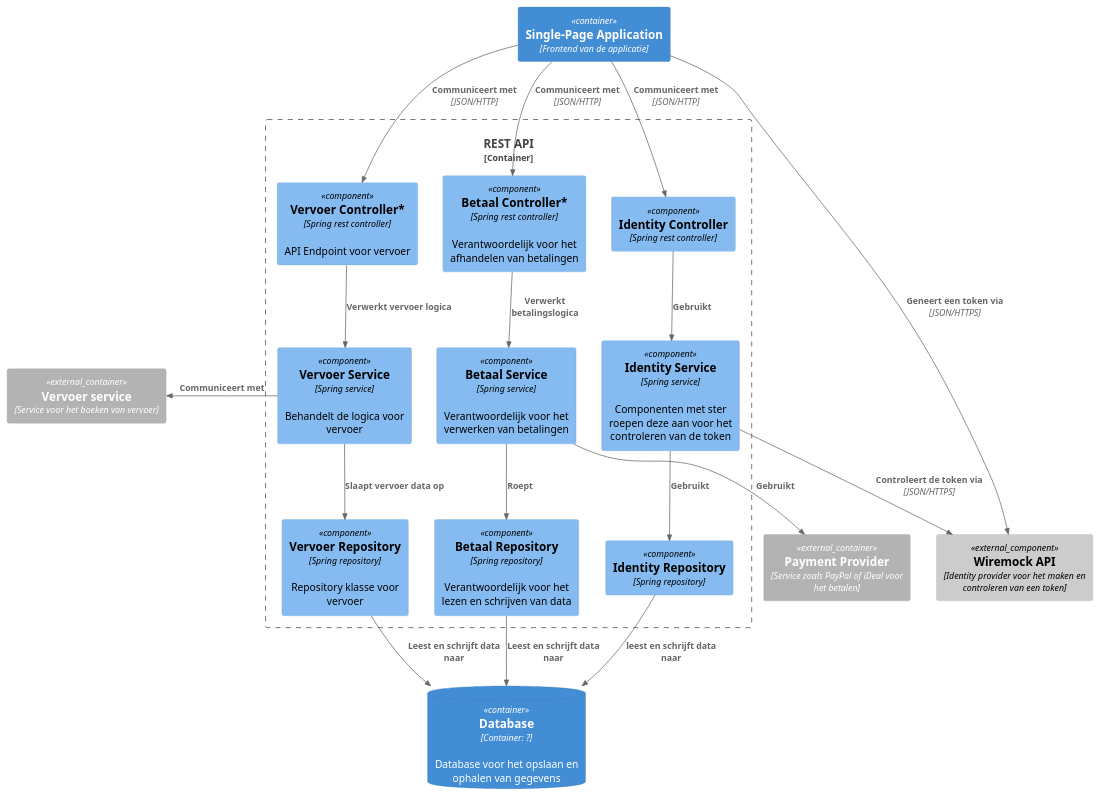
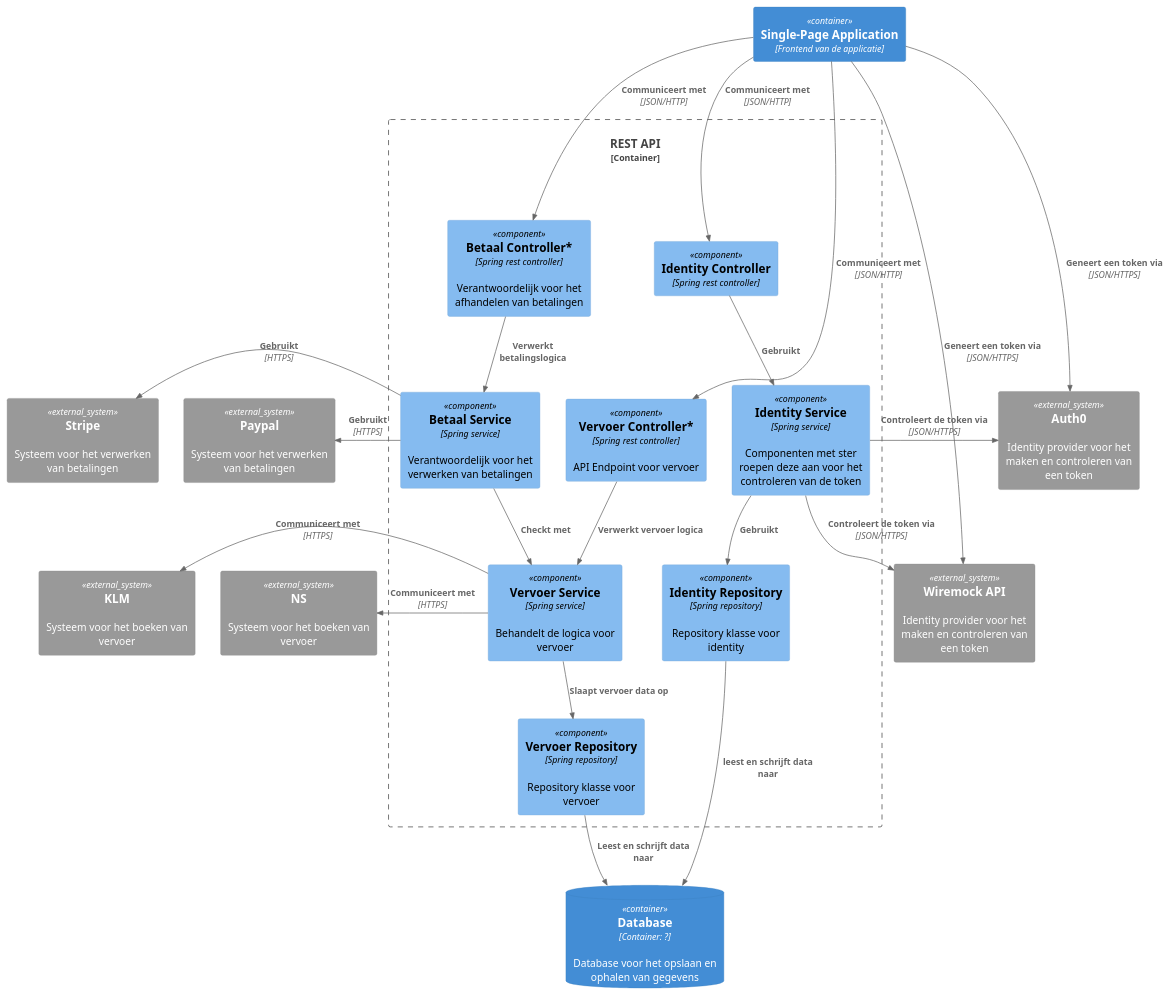
Before and after one commit to AIM-ENE-feb25/triptop-de-broederbond-fgs: the diagram in groeps-uitwerkingen/week2/component-diagrammen/component-diagram.puml, drawn with PlantUML.

Commit message:
Component diagram feedback verwerkt

```diff
--- a/groeps-uitwerkingen/week2/component-diagrammen/component-diagram.puml
+++ b/groeps-uitwerkingen/week2/component-diagrammen/component-diagram.puml
@@ -1,56 +1,63 @@
 @startuml
 
 !include https://raw.githubusercontent.com/plantuml-stdlib/C4-PlantUML/master/C4_Component.puml
 
 Container(singlePageApp, "Single-Page Application", "Frontend van de applicatie")
 
 Container_Boundary(backend, "REST API") {
+    'Betaal componenten
+    Component(paymentController, "Betaal Controller*", "Spring rest controller", "Verantwoordelijk voor het afhandelen van betalingen")
+    Component(paymentService, "Betaal Service", "Spring service", "Verantwoordelijk voor het verwerken van betalingen")
+
     'Vervoer componenten
     Component(transportationController, "Vervoer Controller*", "Spring rest controller", "API Endpoint voor vervoer")
     Component(transportationService, "Vervoer Service", "Spring service", "Behandelt de logica voor vervoer")
     Component(transportationRepository, "Vervoer Repository", "Spring repository", "Repository klasse voor vervoer")
 
-    'Betaal componenten
-    Component(paymentController, "Betaal Controller*", "Spring rest controller", "Verantwoordelijk voor het afhandelen van betalingen")
-    Component(paymentService, "Betaal Service", "Spring service", "Verantwoordelijk voor het verwerken van betalingen")
-    Component(paymentRepository, "Betaal Repository", "Spring repository", "Verantwoordelijk voor het lezen en schrijven van data")
-
     'Identity componenten
     Component(identity_controller, "Identity Controller", "Spring rest controller")
     Component(identity_service, "Identity Service", "Spring service", "Componenten met ster roepen deze aan voor het controleren van de token")
-    Component(identity_dao, "Identity Repository", "Spring repository")
+    Component(identity_dao, "Identity Repository", "Spring repository", "Repository klasse voor identity")
 }
 
 ContainerDb(database, "Database", "Container: ?", "Database voor het opslaan en ophalen van gegevens")
 
-Container_Ext(paymentProvider, "Payment Provider", "Service zoals PayPal of iDeal voor het betalen")
-Component_Ext(wireMockApi, "Wiremock API", "Identity provider voor het maken en controleren van een token")
-Container_Ext(transportationServiceExt, "Vervoer service", "Service voor het boeken van vervoer")
+System_Ext(paypal, "Paypal", "Systeem voor het verwerken van betalingen")
+System_Ext(stripe, "Stripe", "Systeem voor het verwerken van betalingen")
+
+System_Ext(wireMockApi, "Wiremock API", "Identity provider voor het maken en controleren van een token")
+System_Ext(auth0, "Auth0", "Identity provider voor het maken en controleren van een token")
+
+System_Ext(NS, "NS", "Systeem voor het boeken van vervoer")
+System_Ext(KLM, "KLM" , "Systeem voor het boeken van vervoer")
 
 'Frontend relaties
+Rel(singlePageApp, transportationController, "Communiceert met", "JSON/HTTP")
 Rel(singlePageApp, paymentController, "Communiceert met", "JSON/HTTP")
+Rel(singlePageApp, identity_controller, "Communiceert met", "JSON/HTTP")
 
-Rel(singlePageApp, identity_controller, "Communiceert met", "JSON/HTTP")
 Rel(singlePageApp, wireMockApi, "Geneert een token via", "JSON/HTTPS")
+Rel(singlePageApp, auth0, "Geneert een token via", "JSON/HTTPS")
 
-Rel(singlePageApp, transportationController, "Communiceert met", "JSON/HTTP")
+'Identity relaties
+Rel(identity_controller, identity_service, "Gebruikt")
+Rel(identity_service, identity_dao, "Gebruikt")
+Rel(identity_dao, database, "leest en schrijft data naar")
+Rel(identity_service, wireMockApi, "Controleert de token via", "JSON/HTTPS")
+Rel_R(identity_service, auth0, "Controleert de token via", "JSON/HTTPS")
+
+'Betaal relaties
+Rel(paymentController, paymentService, "Verwerkt betalingslogica")
+Rel_L(paymentService, paypal, "Gebruikt", "HTTPS")
+Rel_L(paymentService, stripe, "Gebruikt", "HTTPS")
+Rel(paymentService, transportationService, "Checkt met")
 
 'Vervoer relaties
 Rel(transportationController, transportationService, "Verwerkt vervoer logica")
 Rel(transportationService, transportationRepository, "Slaapt vervoer data op")
-Rel_L(transportationService, transportationServiceExt, "Communiceert met")
+Rel_L(transportationService, NS, "Communiceert met", "HTTPS")
+Rel_L(transportationService, KLM, "Communiceert met", "HTTPS")
 Rel(transportationRepository, database, "Leest en schrijft data naar")
 
-'Betaal relaties
-Rel(paymentController, paymentService, "Verwerkt betalingslogica")
-Rel(paymentService, paymentProvider, "Gebruikt")
-Rel(paymentService, paymentRepository, "Roept")
-Rel(paymentRepository, database, "Leest en schrijft data naar")
-
-'Identity relaties
-Rel(identity_controller, identity_service, "Gebruikt")
-Rel(identity_service, identity_dao, "Gebruikt")
-Rel(identity_service, wireMockApi, "Controleert de token via", "JSON/HTTPS")
-Rel(identity_dao, database, "leest en schrijft data naar")
 
 @enduml
```
